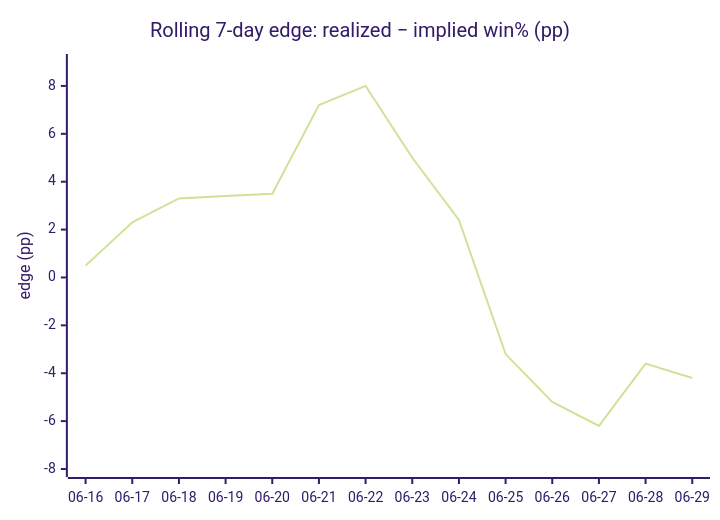
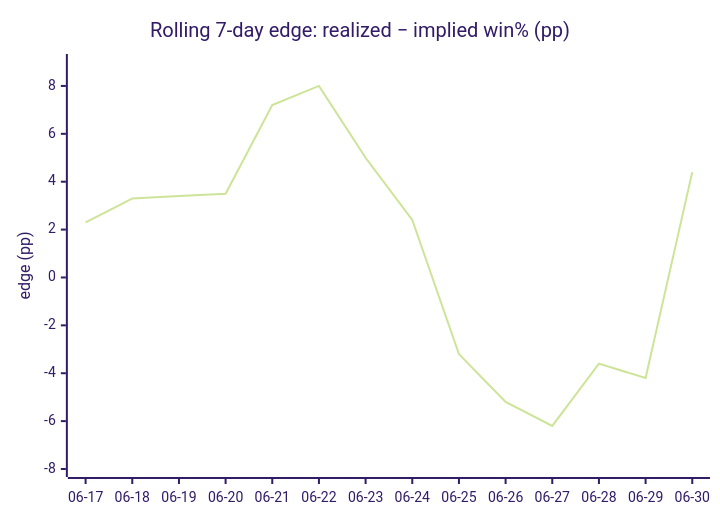
One commit to dpk1212/nhl-savant changed the fifth of 5 diagrams in DAILY_AGSU_REPORT.md. Above: the diagram before and after it, drawn with Mermaid (forest theme). The commit also changed other lines of this file, not shown here.

````diff
--- a/DAILY_AGSU_REPORT.md
+++ b/DAILY_AGSU_REPORT.md
@@ -527,7 +537,7 @@
 ```mermaid
 xychart-beta
     title "Rolling 7-day edge: realized − implied win% (pp)"
-    x-axis ["06-16", "06-17", "06-18", "06-19", "06-20", "06-21", "06-22", "06-23", "06-24", "06-25", "06-26", "06-27", "06-28", "06-29"]
+    x-axis ["06-17", "06-18", "06-19", "06-20", "06-21", "06-22", "06-23", "06-24", "06-25", "06-26", "06-27", "06-28", "06-29", "06-30"]
     y-axis "edge (pp)" -8 --> 9
-    line [0.5, 2.3, 3.3, 3.4, 3.5, 7.2, 8, 5, 2.4, -3.2, -5.2, -6.2, -3.6, -4.2]
+    line [2.3, 3.3, 3.4, 3.5, 7.2, 8, 5, 2.4, -3.2, -5.2, -6.2, -3.6, -4.2, 4.4]
 ```
````
